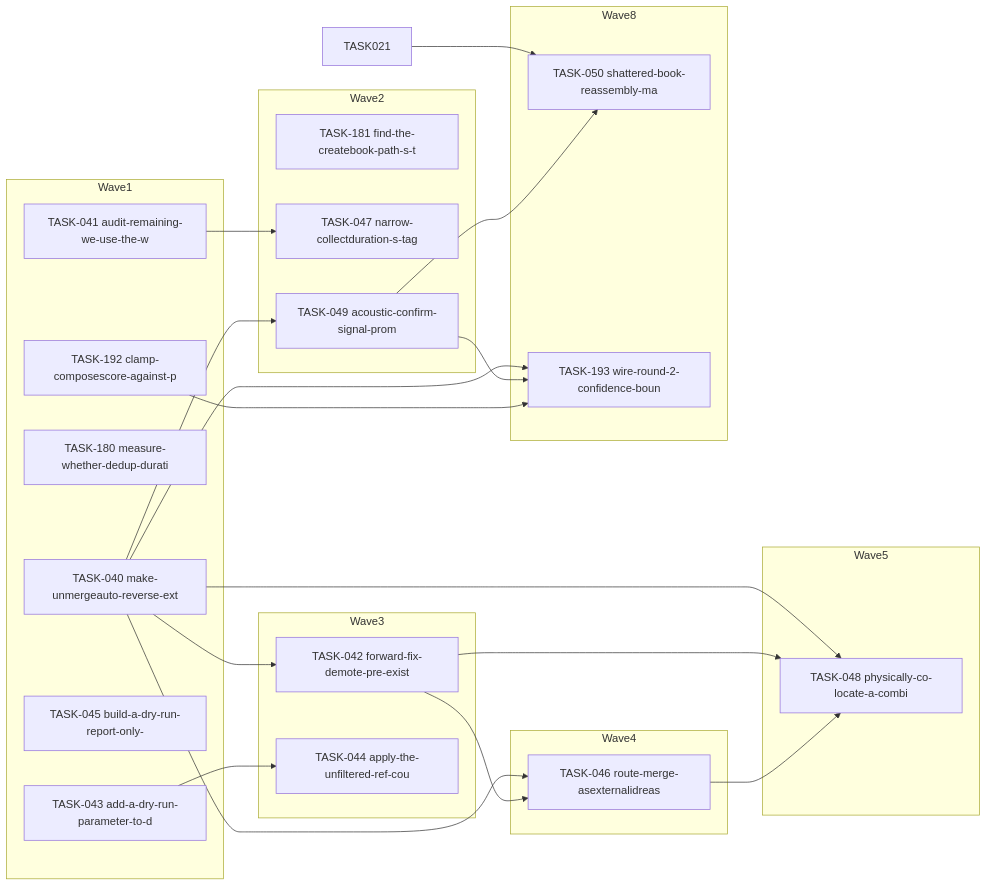
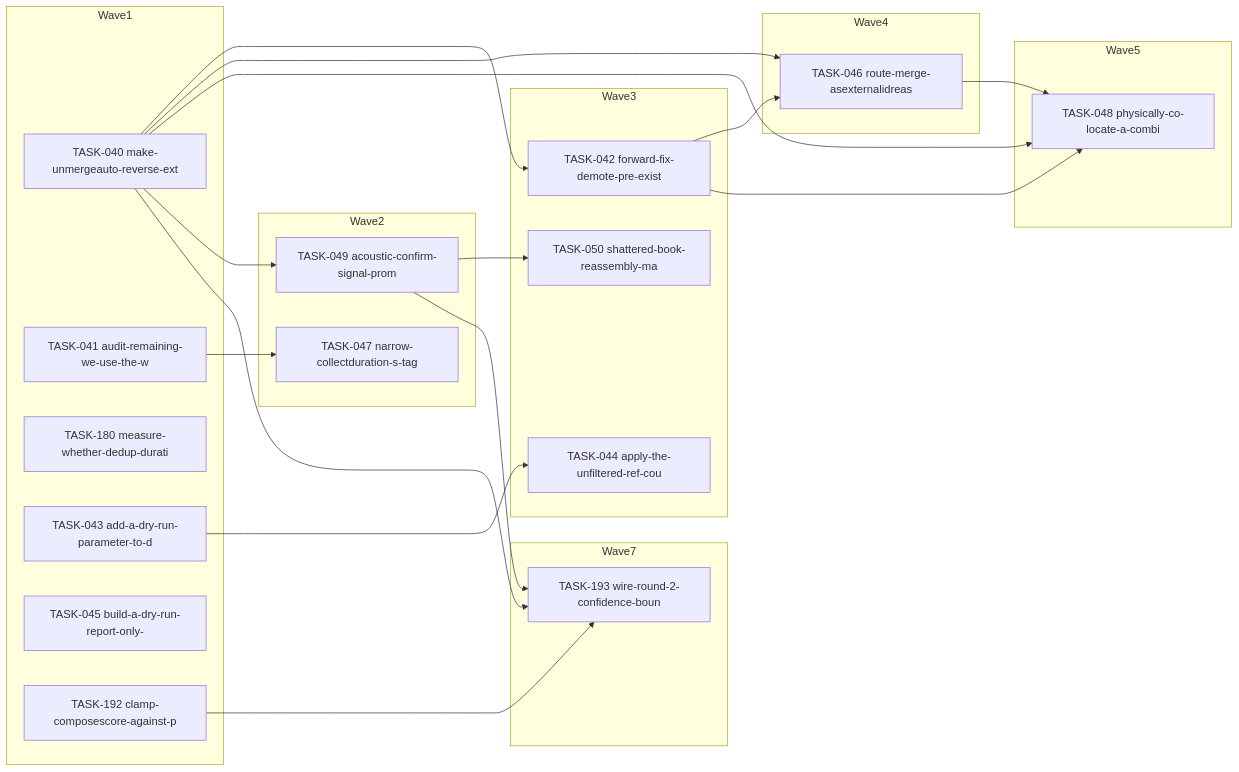
One commit to falkcorp/audiobook-organizer changed the diagram in docs/agent-tasks/todo-completion/dedup/orchestration.md. Above: the diagram before and after it, drawn with Mermaid. The commit also changed other lines of this file and 325 other files, not shown here.

````diff
--- a/docs/agent-tasks/todo-completion/dedup/orchestration.md
+++ b/docs/agent-tasks/todo-completion/dedup/orchestration.md
@@ -12,44 +12,42 @@
 ```mermaid
 flowchart LR
     subgraph Wave1
       TASK040[TASK-040 make-unmergeauto-reverse-ext]
       TASK041[TASK-041 audit-remaining-we-use-the-w]
       TASK180[TASK-180 measure-whether-dedup-durati]
       TASK043[TASK-043 add-a-dry-run-parameter-to-d]
       TASK045[TASK-045 build-a-dry-run-report-only-]
       TASK192[TASK-192 clamp-composescore-against-p]
     end
     subgraph Wave2
-      TASK181[TASK-181 find-the-createbook-path-s-t]
       TASK047[TASK-047 narrow-collectduration-s-tag]
       TASK049[TASK-049 acoustic-confirm-signal-prom]
     end
     subgraph Wave3
       TASK042[TASK-042 forward-fix-demote-pre-exist]
       TASK044[TASK-044 apply-the-unfiltered-ref-cou]
+      TASK050[TASK-050 shattered-book-reassembly-ma]
     end
     subgraph Wave4
       TASK046[TASK-046 route-merge-asexternalidreas]
     end
     subgraph Wave5
       TASK048[TASK-048 physically-co-locate-a-combi]
     end
-    subgraph Wave8
-      TASK050[TASK-050 shattered-book-reassembly-ma]
+    subgraph Wave7
       TASK193[TASK-193 wire-round-2-confidence-boun]
     end
-    TASK021 --> TASK050
     TASK040 --> TASK042
     TASK040 --> TASK046
     TASK040 --> TASK048
     TASK040 --> TASK049
     TASK040 --> TASK193
     TASK041 --> TASK047
     TASK042 --> TASK046
     TASK042 --> TASK048
     TASK043 --> TASK044
     TASK046 --> TASK048
     TASK049 --> TASK050
     TASK049 --> TASK193
     TASK192 --> TASK193
 ```
````
